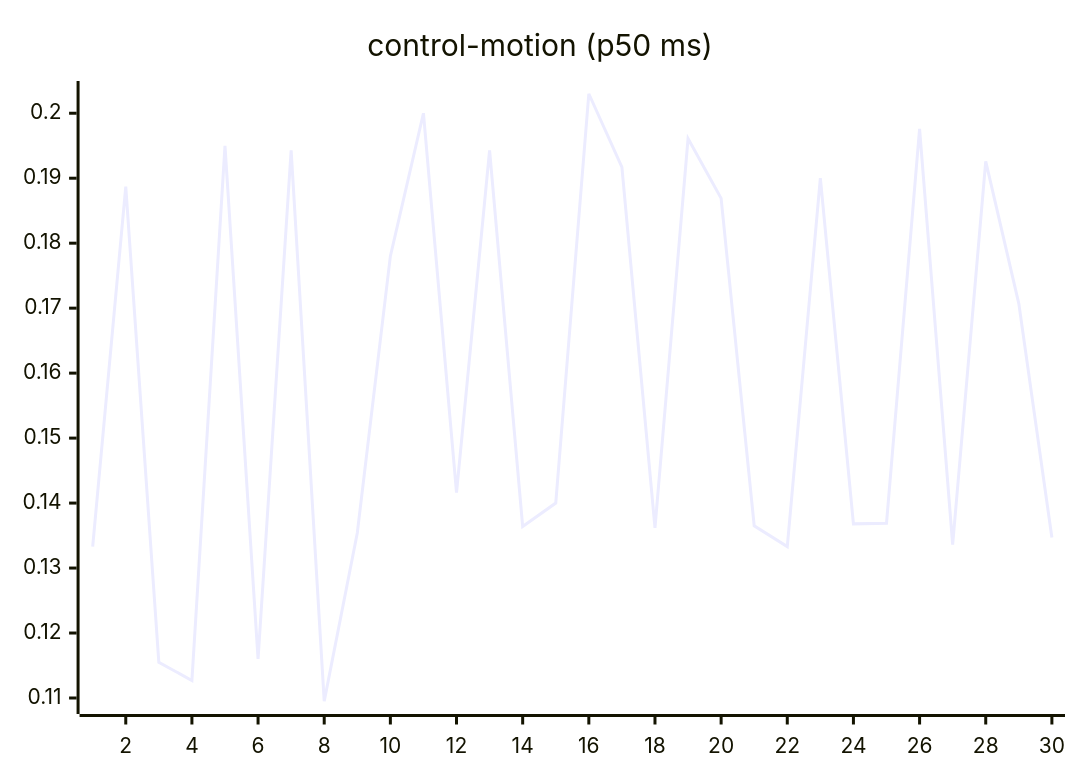
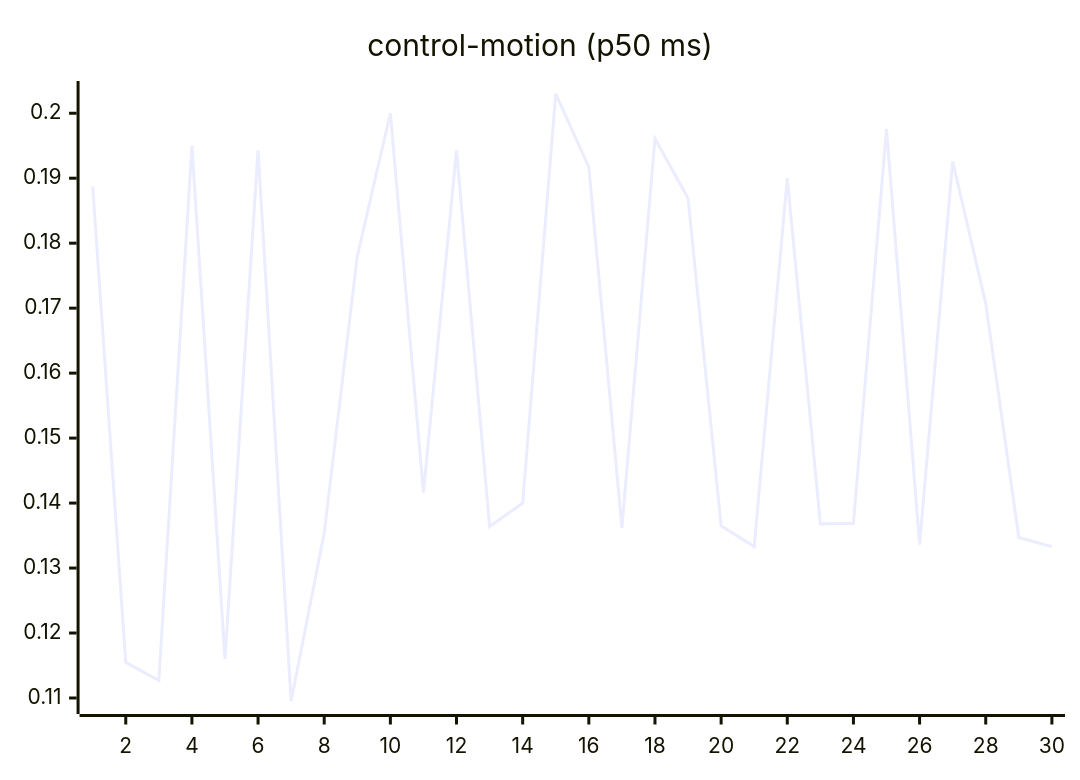
Before and after one commit to josha/Facet: the seventh of 27 diagrams in README.md, drawn with Mermaid. The commit also changed other lines of this file and 2 other files, not shown here.

````diff
--- a/README.md
+++ b/README.md
@@ -105,6 +105,6 @@
 ```mermaid
 xychart-beta
     title "control-motion (p50 ms)"
     x-axis 1 --> 30
-    line [0.1333, 0.1887, 0.1155, 0.1127, 0.1950, 0.1160, 0.1943, 0.1095, 0.1354, 0.1780, 0.2000, 0.1416, 0.1943, 0.1364, 0.1400, 0.2030, 0.1917, 0.1362, 0.1961, 0.1869, 0.1365, 0.1333, 0.1900, 0.1368, 0.1369, 0.1976, 0.1336, 0.1926, 0.1707, 0.1347]
+    line [0.1887, 0.1155, 0.1127, 0.1950, 0.1160, 0.1943, 0.1095, 0.1354, 0.1780, 0.2000, 0.1416, 0.1943, 0.1364, 0.1400, 0.2030, 0.1917, 0.1362, 0.1961, 0.1869, 0.1365, 0.1333, 0.1900, 0.1368, 0.1369, 0.1976, 0.1336, 0.1926, 0.1707, 0.1347, 0.1333]
 ```
````
